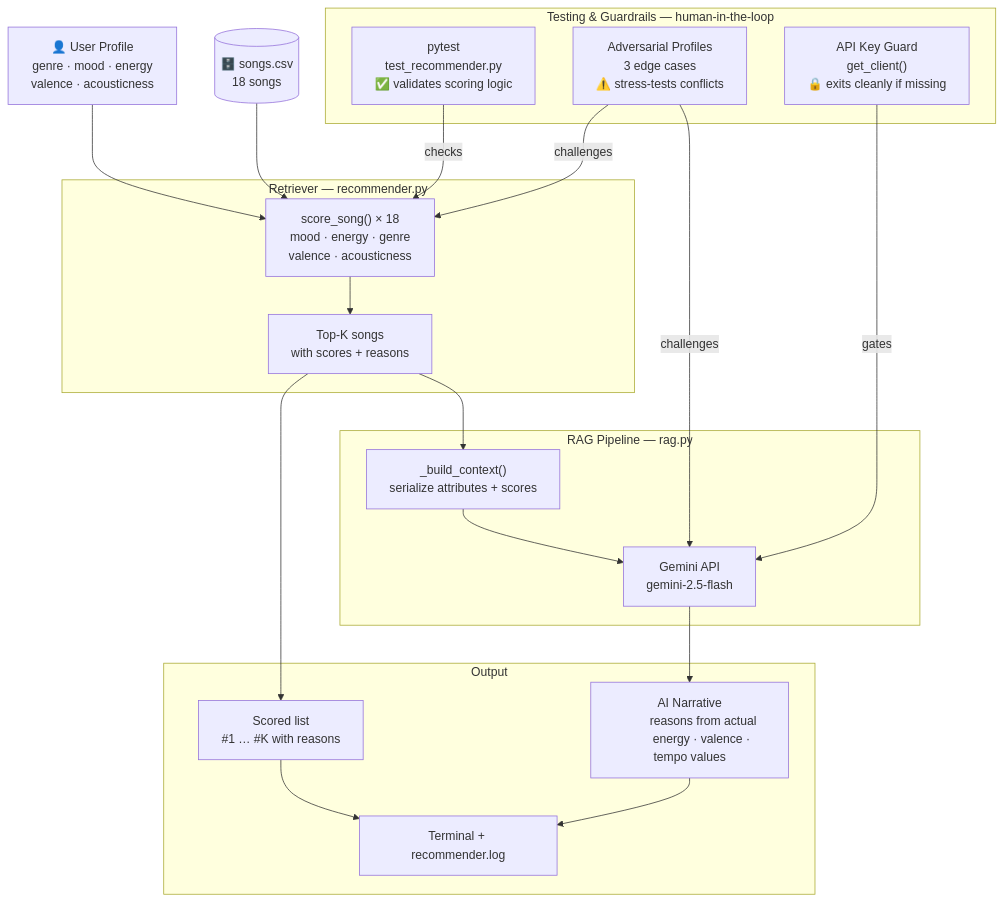
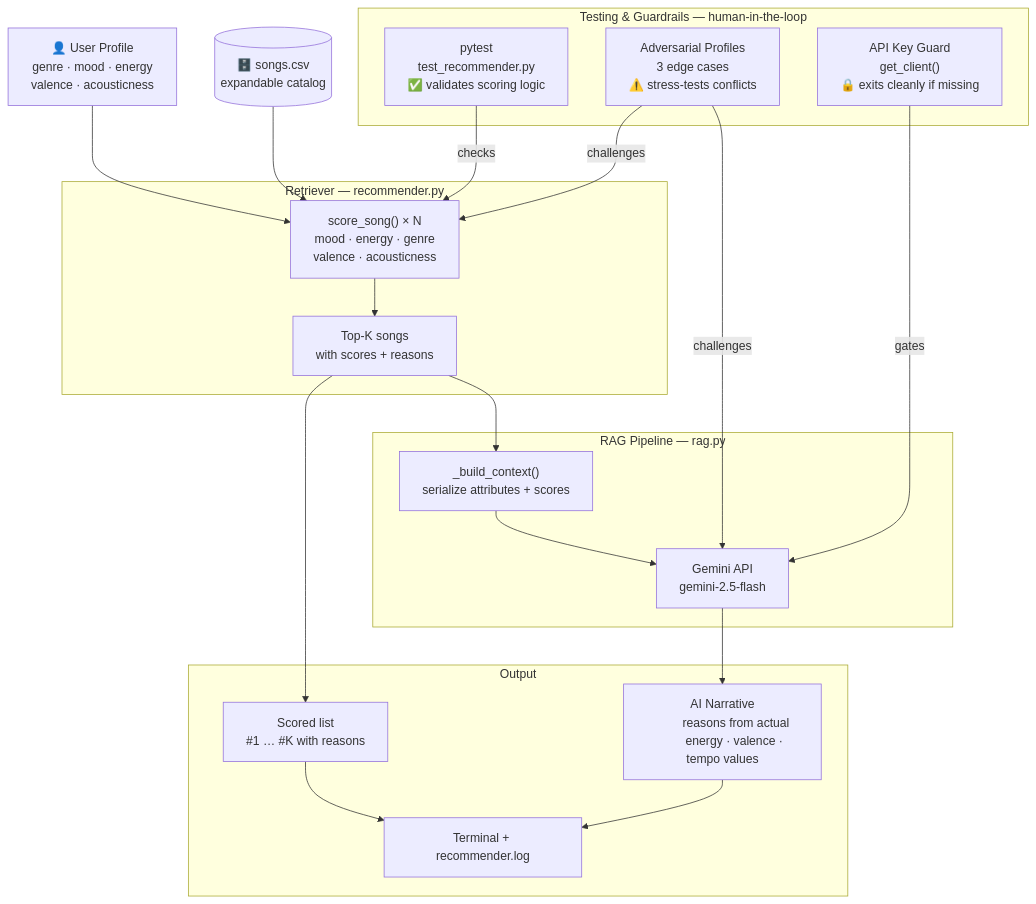
One commit to AngelinhoRG/Applied-AI-System-Project changed the diagram in README.md. Above: the diagram before and after it, drawn with Mermaid. The commit also changed other lines of this file and 9 other files, not shown here.

````diff
--- a/README.md
+++ b/README.md
@@ -29,58 +29,58 @@
 ```mermaid
 flowchart TD
     A["👤 User Profile
     genre · mood · energy
     valence · acousticness"]
     B[("🗄️ songs.csv
-    18 songs")]
+    expandable catalog")]
 
     subgraph Retriever["Retriever — recommender.py"]
-        C["score_song() × 18
+        C["score_song() × N
         mood · energy · genre
         valence · acousticness"]
         D["Top-K songs
         with scores + reasons"]
         C --> D
     end
 
     subgraph RAG["RAG Pipeline — rag.py"]
         E["_build_context()
         serialize attributes + scores"]
         F["Gemini API
         gemini-2.5-flash"]
         E --> F
     end
 
     subgraph Output["Output"]
         G["Scored list
         #1 … #K with reasons"]
         H["AI Narrative
         reasons from actual
         energy · valence · tempo values"]
         I["Terminal + recommender.log"]
         G --> I
         H --> I
     end
 
     subgraph QA["Testing & Guardrails — human-in-the-loop"]
         J["pytest
         test_recommender.py
         ✅ validates scoring logic"]
         K["Adversarial Profiles
         3 edge cases
         ⚠️ stress-tests conflicts"]
         L["API Key Guard
         get_client()
         🔒 exits cleanly if missing"]
     end
 
     A --> C
     B --> C
     D --> E
     D --> G
     F --> H
     J -->|checks| C
     K -->|challenges| C
     K -->|challenges| F
     L -->|gates| F
 ```
````
